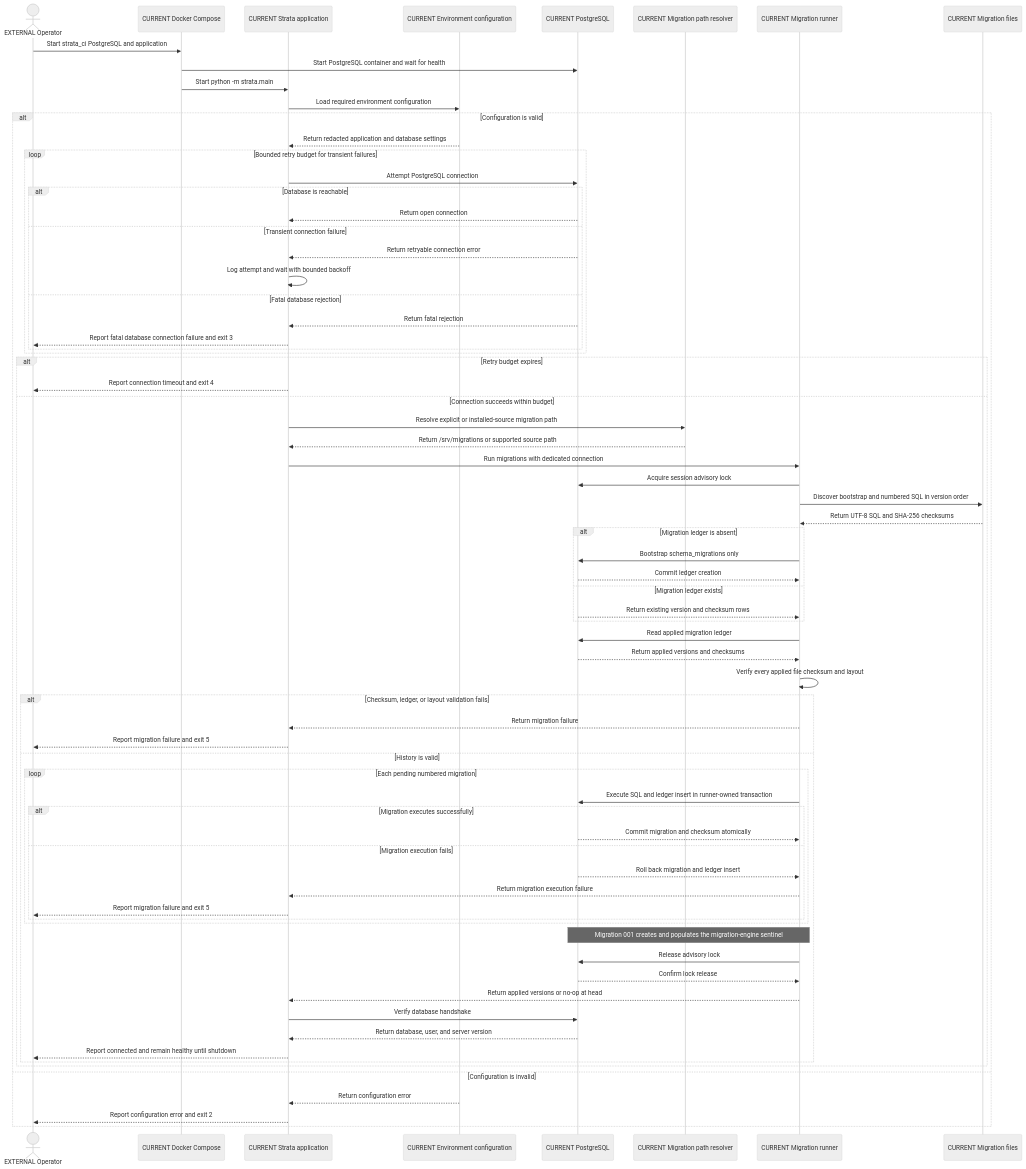
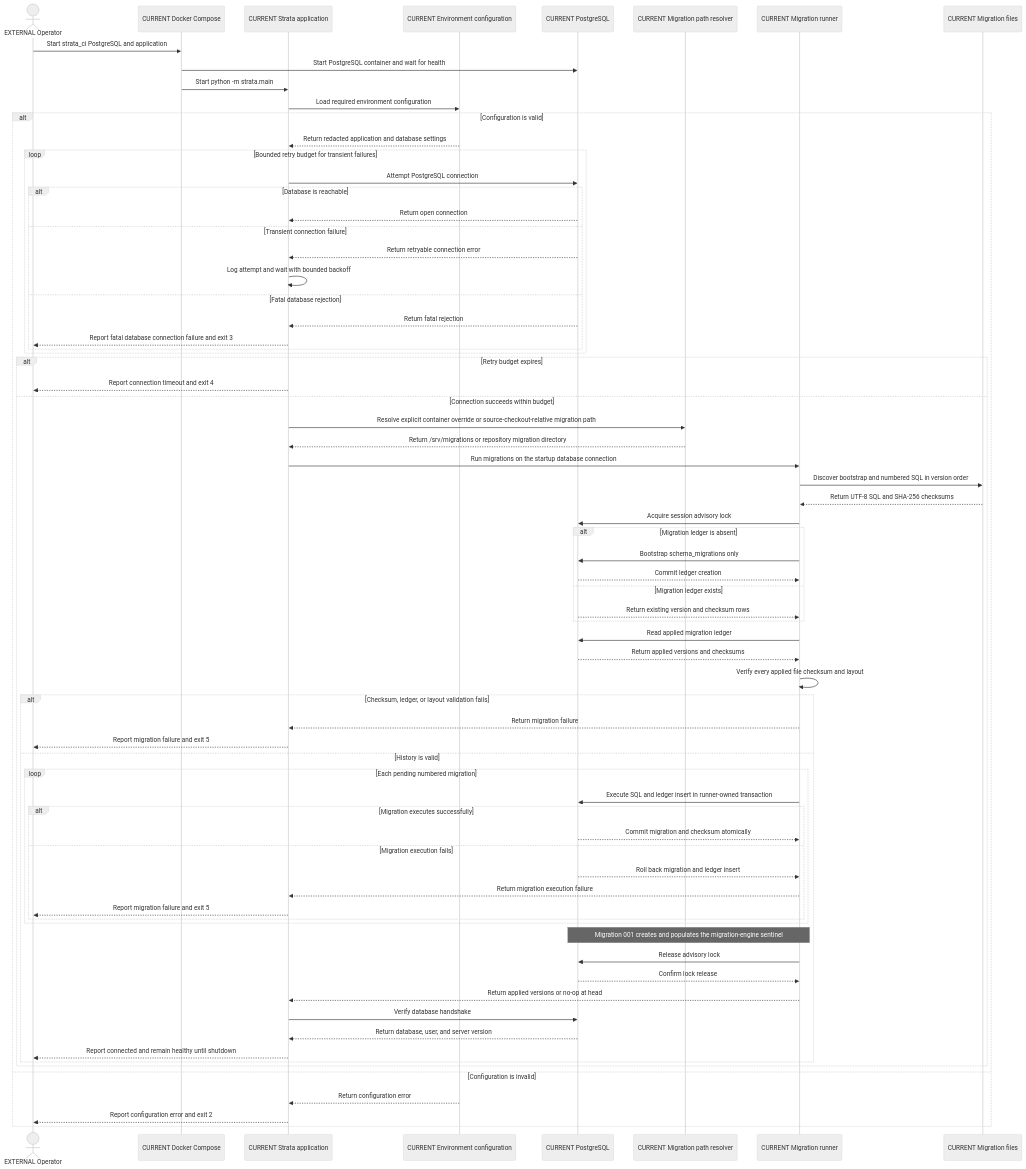
The diagram in docs/architecture/diagrams/current-startup-and-migrations.md (andrewmpalka/strata), drawn with Mermaid (neutral theme) before and after one commit. The commit also changed other lines of this file and 6 other files, not shown here.

Commit message:
docs: correct architecture diagram semantics

````diff
--- a/docs/architecture/diagrams/current-startup-and-migrations.md
+++ b/docs/architecture/diagrams/current-startup-and-migrations.md
@@ -16,79 +16,79 @@
 ```mermaid
 sequenceDiagram
     actor Operator as EXTERNAL Operator
     participant Compose as CURRENT Docker Compose
     participant App as CURRENT Strata application
     participant Config as CURRENT Environment configuration
     participant DB as CURRENT PostgreSQL
     participant Resolver as CURRENT Migration path resolver
     participant Runner as CURRENT Migration runner
     participant Files as CURRENT Migration files
 
     Operator->>Compose: Start strata_ci PostgreSQL and application
     Compose->>DB: Start PostgreSQL container and wait for health
     Compose->>App: Start python -m strata.main
     App->>Config: Load required environment configuration
 
     alt Configuration is valid
         Config-->>App: Return redacted application and database settings
         loop Bounded retry budget for transient failures
             App->>DB: Attempt PostgreSQL connection
             alt Database is reachable
                 DB-->>App: Return open connection
             else Transient connection failure
                 DB-->>App: Return retryable connection error
                 App->>App: Log attempt and wait with bounded backoff
             else Fatal database rejection
                 DB-->>App: Return fatal rejection
                 App-->>Operator: Report fatal database connection failure and exit 3
             end
         end
         alt Retry budget expires
             App-->>Operator: Report connection timeout and exit 4
         else Connection succeeds within budget
-            App->>Resolver: Resolve explicit or installed-source migration path
-            Resolver-->>App: Return /srv/migrations or supported source path
-            App->>Runner: Run migrations with dedicated connection
-            Runner->>DB: Acquire session advisory lock
+            App->>Resolver: Resolve explicit container override or source-checkout-relative migration path
+            Resolver-->>App: Return /srv/migrations or repository migration directory
+            App->>Runner: Run migrations on the startup database connection
             Runner->>Files: Discover bootstrap and numbered SQL in version order
             Files-->>Runner: Return UTF-8 SQL and SHA-256 checksums
+            Runner->>DB: Acquire session advisory lock
 
             alt Migration ledger is absent
                 Runner->>DB: Bootstrap schema_migrations only
                 DB-->>Runner: Commit ledger creation
             else Migration ledger exists
                 DB-->>Runner: Return existing version and checksum rows
             end
 
             Runner->>DB: Read applied migration ledger
             DB-->>Runner: Return applied versions and checksums
             Runner->>Runner: Verify every applied file checksum and layout
 
             alt Checksum, ledger, or layout validation fails
                 Runner-->>App: Return migration failure
                 App-->>Operator: Report migration failure and exit 5
             else History is valid
                 loop Each pending numbered migration
                     Runner->>DB: Execute SQL and ledger insert in runner-owned transaction
                     alt Migration executes successfully
                         DB-->>Runner: Commit migration and checksum atomically
                     else Migration execution fails
                         DB-->>Runner: Roll back migration and ledger insert
                         Runner-->>App: Return migration execution failure
                         App-->>Operator: Report migration failure and exit 5
                     end
                 end
                 Note over Runner,DB: Migration 001 creates and populates the migration-engine sentinel
                 Runner->>DB: Release advisory lock
                 DB-->>Runner: Confirm lock release
                 Runner-->>App: Return applied versions or no-op at head
                 App->>DB: Verify database handshake
                 DB-->>App: Return database, user, and server version
                 App-->>Operator: Report connected and remain healthy until shutdown
             end
         end
     else Configuration is invalid
         Config-->>App: Return configuration error
         App-->>Operator: Report configuration error and exit 2
     end
 ```
````
